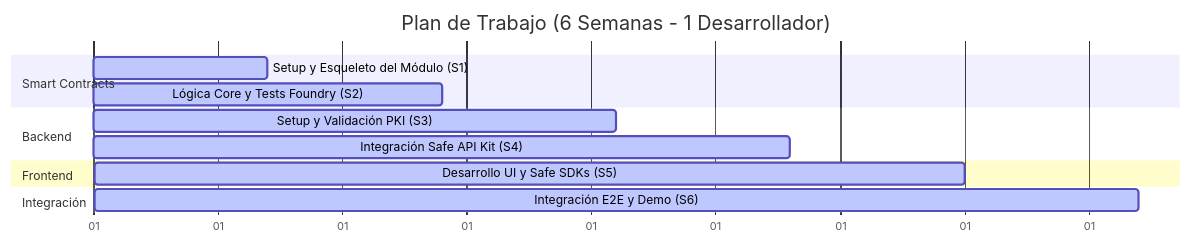
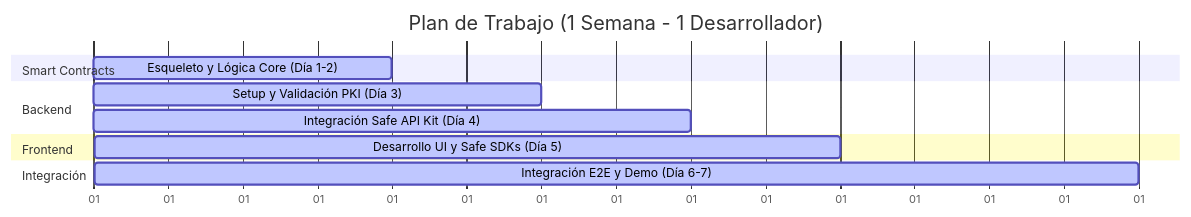
One commit to CallejaJ/legacy-wallet changed the diagram in docs/planificacion.md. Above: the diagram before and after it, drawn with Mermaid. The commit also changed other lines of this file and 5 other files, not shown here.

Commit message:
feat: initialize InheritanceModule smart contract and define development roadmap

````diff
--- a/docs/planificacion.md
+++ b/docs/planificacion.md
@@ -59,16 +59,15 @@
 ```mermaid
 gantt
-    title Plan de Trabajo (6 Semanas - 1 Desarrollador)
+    title Plan de Trabajo (1 Semana - 1 Desarrollador)
     dateFormat  X
     axisFormat %d
     section Smart Contracts
-    Setup y Esqueleto del Módulo (S1) :active, s1, 0, 7
-    Lógica Core y Tests Foundry (S2)  :active, s2, 7, 14
+    Esqueleto y Lógica Core (Día 1-2)  :active, d1, 0, 2
     section Backend
-    Setup y Validación PKI (S3)       :active, s3, 14, 21
-    Integración Safe API Kit (S4)     :active, s4, 21, 28
+    Setup y Validación PKI (Día 3)       :active, d2, 2, 3
+    Integración Safe API Kit (Día 4)     :active, d3, 3, 4
     section Frontend
-    Desarrollo UI y Safe SDKs (S5)    :active, s5, 28, 35
+    Desarrollo UI y Safe SDKs (Día 5)    :active, d4, 4, 5
     section Integración
-    Integración E2E y Demo (S6)       :active, s6, 35, 42
+    Integración E2E y Demo (Día 6-7)       :active, d5, 5, 7
 ```
````
